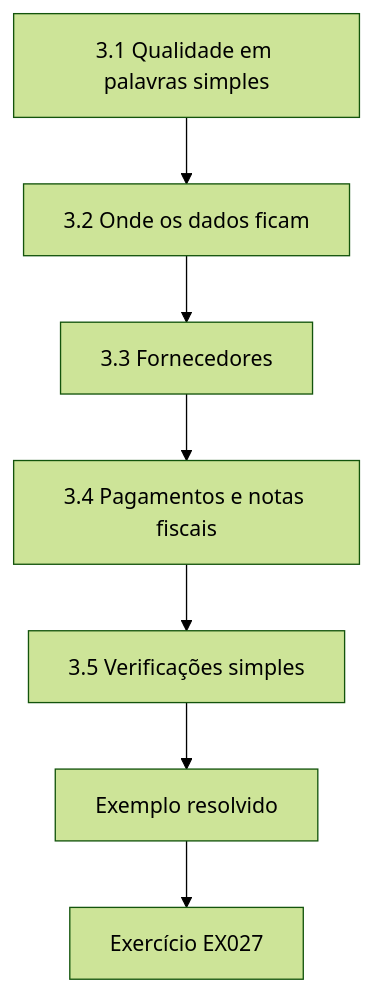
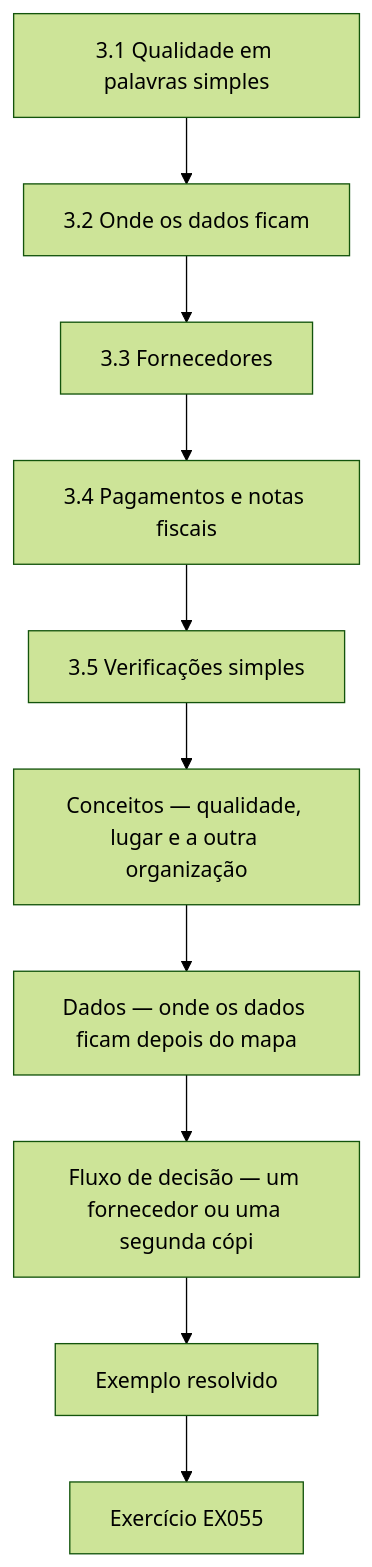
Before and after one commit to hiagokinlevi/CyKin: the seventh of 12 diagrams in levels/rapid-1-month/data-governance/pt/book/MANUSCRIPT.md, drawn with Mermaid (forest theme). The commit also changed other lines of this file and 1 other file, not shown here.

````diff
--- a/levels/rapid-1-month/data-governance/pt/book/MANUSCRIPT.md
+++ b/levels/rapid-1-month/data-governance/pt/book/MANUSCRIPT.md
@@ -269,11 +401,14 @@
 ```mermaid
 flowchart TD
   N0["3.1 Qualidade em palavras simples"]
   N1["3.2 Onde os dados ficam"]
   N2["3.3 Fornecedores"]
   N3["3.4 Pagamentos e notas fiscais"]
   N4["3.5 Verificações simples"]
-  N0 --> N1 --> N2 --> N3 --> N4
-  N4 --> EX["Exemplo resolvido"]
-  EX --> Q["Exercício EX027"]
+  N5["Conceitos — qualidade, lugar e a outra organização"]
+  N6["Dados — onde os dados ficam depois do mapa"]
+  N7["Fluxo de decisão — um fornecedor ou uma segunda cópi"]
+  N0 --> N1 --> N2 --> N3 --> N4 --> N5 --> N6 --> N7
+  N7 --> EX["Exemplo resolvido"]
+  EX --> Q["Exercício EX055"]
 ```
````
